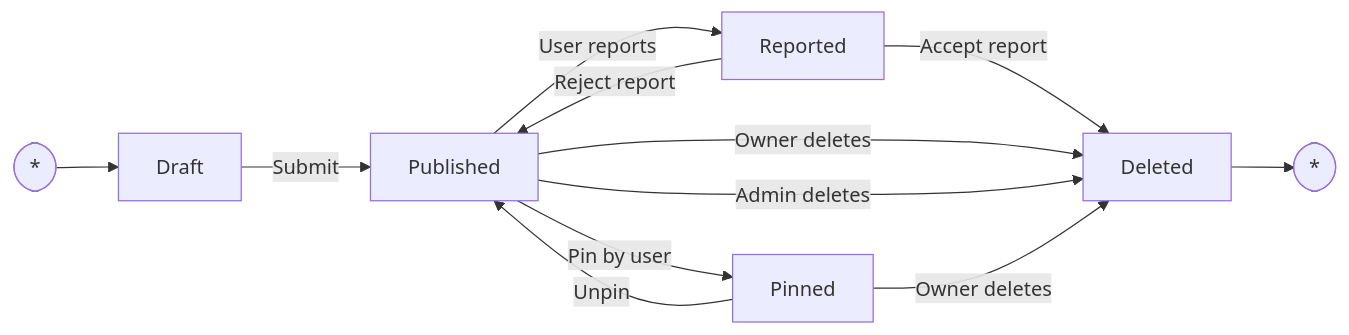
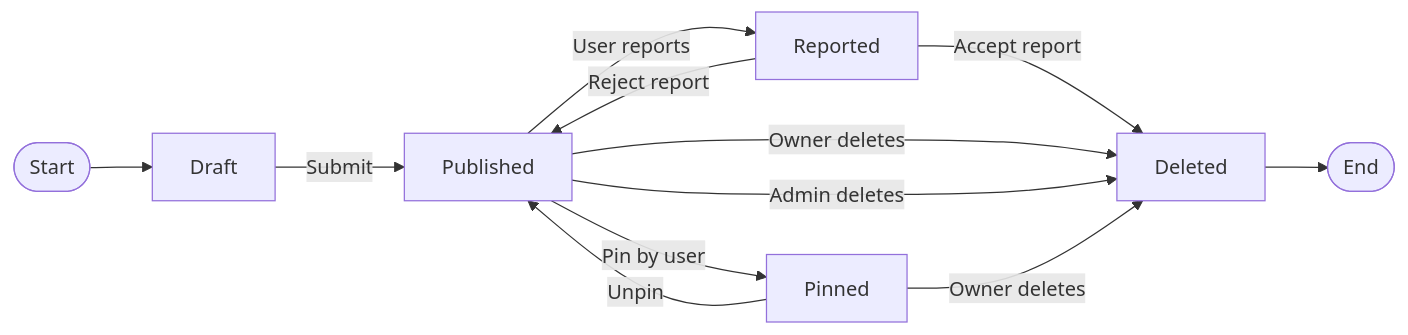
Before and after one commit to vd120/laravel_project: diagram 18 of 29 in UML.md, drawn with Mermaid. The commit also changed other lines of this file, not shown here.

````diff
--- a/UML.md
+++ b/UML.md
@@ -1101,14 +1088,14 @@
 ```mermaid
 flowchart LR
-    Start([*]) --> Draft
-    Draft -->|Submit| Published
-    Published -->|Pin by user| Pinned
-    Pinned -->|Unpin| Published
-    Published -->|User reports| Reported
-    Reported -->|Reject report| Published
-    Reported -->|Accept report| Deleted
-    Published -->|Owner deletes| Deleted
-    Published -->|Admin deletes| Deleted
-    Pinned -->|Owner deletes| Deleted
-    Deleted --> End([*])
+    A([Start]) --> B[Draft]
+    B -->|Submit| C[Published]
+    C -->|Pin by user| D[Pinned]
+    D -->|Unpin| C
+    C -->|User reports| E[Reported]
+    E -->|Reject report| C
+    E -->|Accept report| F[Deleted]
+    C -->|Owner deletes| F
+    C -->|Admin deletes| F
+    D -->|Owner deletes| F
+    F --> G([End])
 ```
````
